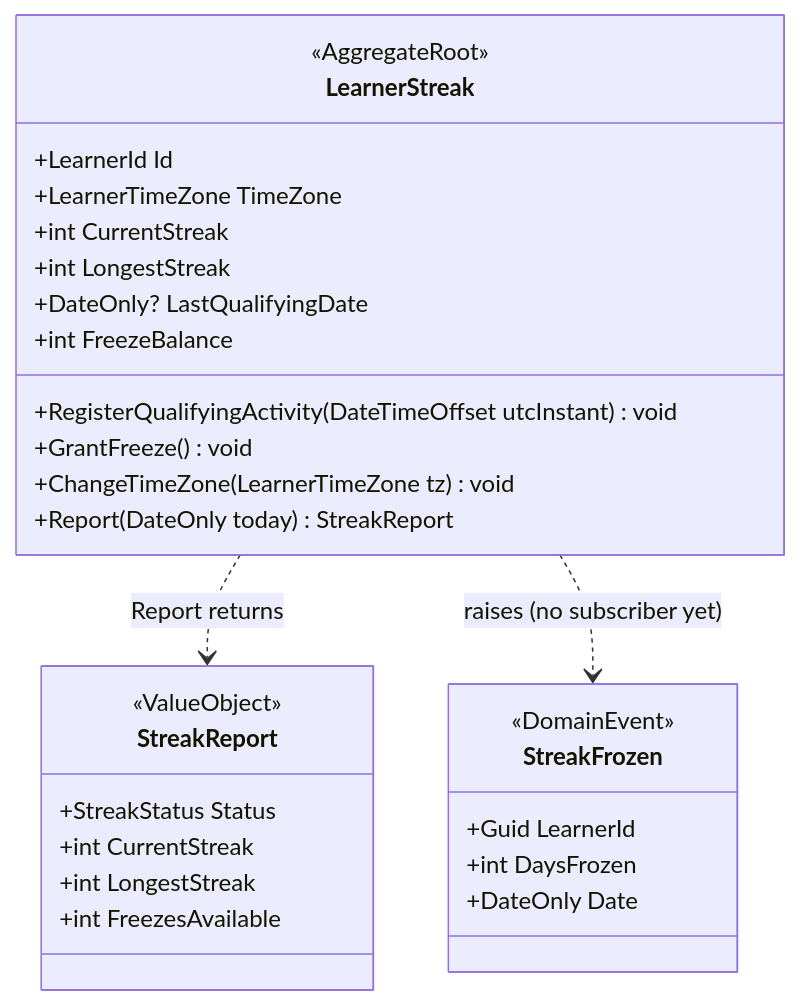
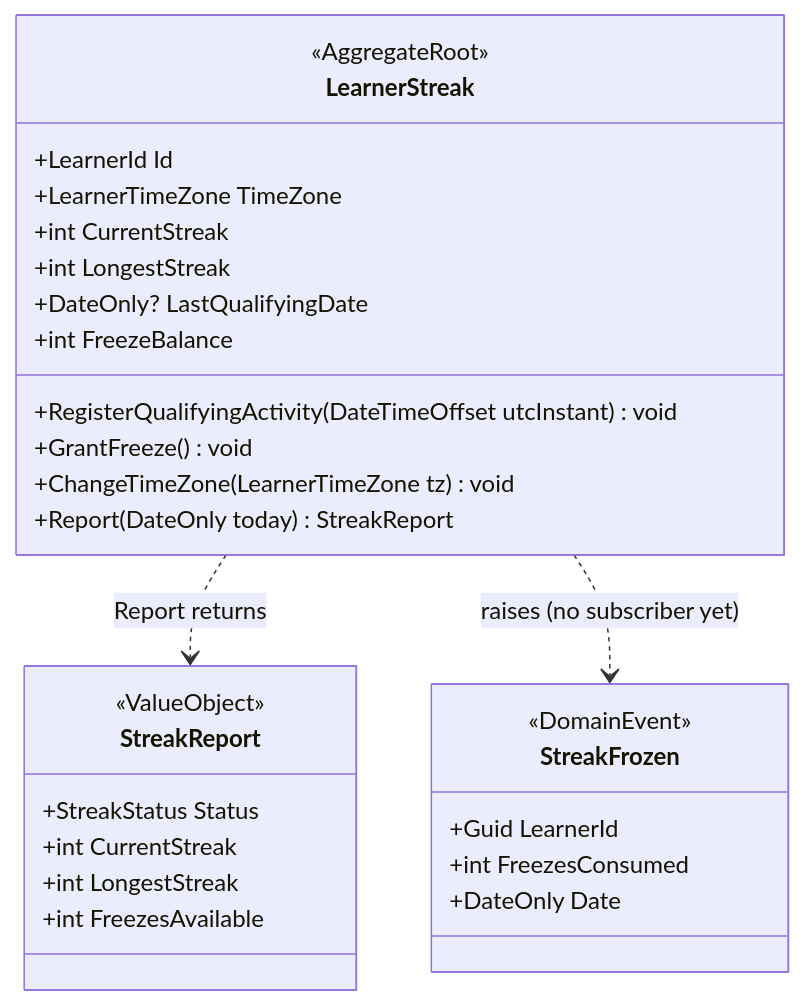
One commit to ythalorossy/duolingo-ddd-clean-arch changed the third of 3 diagrams in docs/superpowers/specs/2026-06-09-streak-freeze-design.md. Above: the diagram before and after it, drawn with Mermaid. The commit also changed 3 other files, not shown here.

Commit message:
refactor(engagement): rename StreakFrozen.DaysFrozen to FreezesConsumed; clarify guard + first-activity test

````diff
--- a/docs/superpowers/specs/2026-06-09-streak-freeze-design.md
+++ b/docs/superpowers/specs/2026-06-09-streak-freeze-design.md
@@ -160,31 +160,31 @@
 ```mermaid
 classDiagram
     class LearnerStreak {
         <<AggregateRoot>>
         +LearnerId Id
         +LearnerTimeZone TimeZone
         +int CurrentStreak
         +int LongestStreak
         +DateOnly? LastQualifyingDate
         +int FreezeBalance
         +RegisterQualifyingActivity(DateTimeOffset utcInstant) void
         +GrantFreeze() void
         +ChangeTimeZone(LearnerTimeZone tz) void
         +Report(DateOnly today) StreakReport
     }
     class StreakReport {
         <<ValueObject>>
         +StreakStatus Status
         +int CurrentStreak
         +int LongestStreak
         +int FreezesAvailable
     }
     class StreakFrozen {
         <<DomainEvent>>
         +Guid LearnerId
-        +int DaysFrozen
+        +int FreezesConsumed
         +DateOnly Date
     }
     LearnerStreak ..> StreakReport : Report returns
     LearnerStreak ..> StreakFrozen : raises (no subscriber yet)
 ```
````
